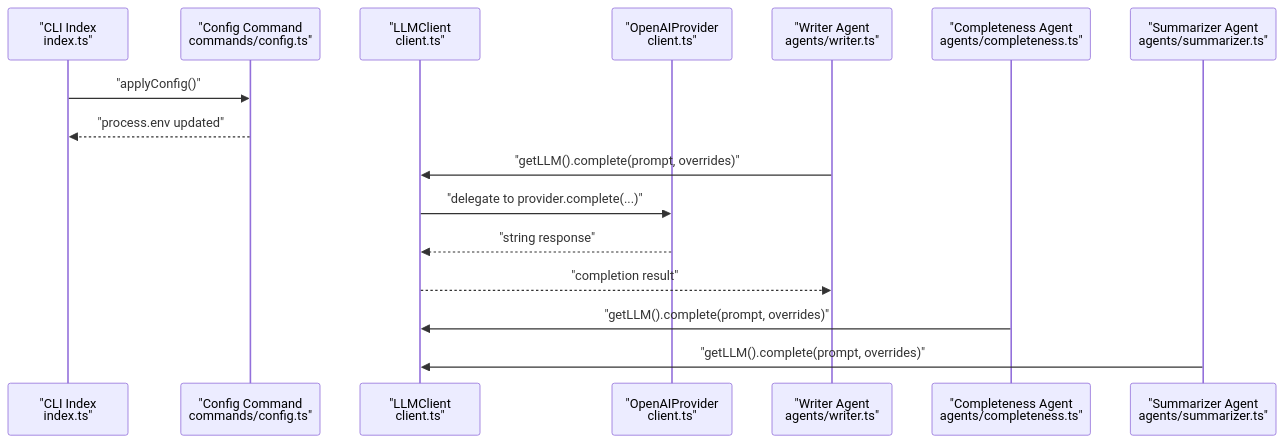
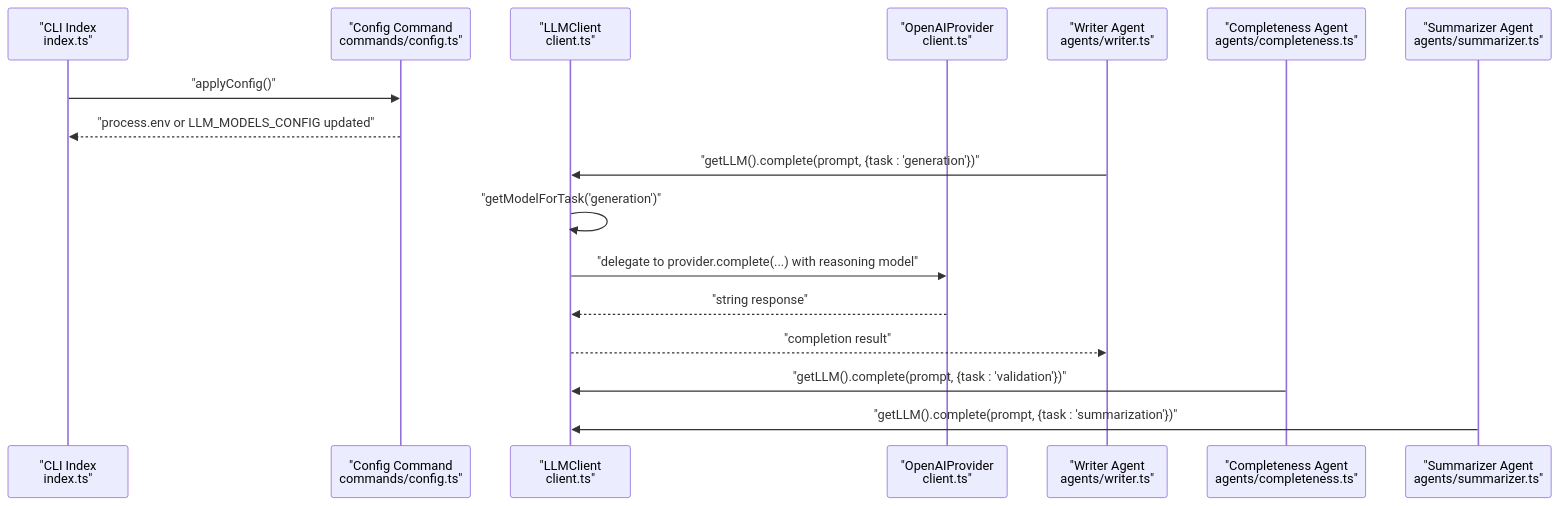
The second of 7 diagrams in .qoder/repowiki/en/content/Engine Architecture/LLM Integration Layer.md (liwonder/NARRITIVE_OS), drawn with Mermaid before and after one commit. The commit also changed other lines of this file and 5 other files, not shown here.

````diff
--- a/.qoder/repowiki/en/content/Engine Architecture/LLM Integration Layer.md
+++ b/.qoder/repowiki/en/content/Engine Architecture/LLM Integration Layer.md
@@ -111,18 +131,19 @@
 ```mermaid
 sequenceDiagram
 participant CLI as "CLI Index<br/>index.ts"
 participant CFG as "Config Command<br/>commands/config.ts"
 participant LLM as "LLMClient<br/>client.ts"
 participant Prov as "OpenAIProvider<br/>client.ts"
 participant AgentW as "Writer Agent<br/>agents/writer.ts"
 participant AgentC as "Completeness Agent<br/>agents/completeness.ts"
 participant AgentS as "Summarizer Agent<br/>agents/summarizer.ts"
 CLI->>CFG : "applyConfig()"
-CFG-->>CLI : "process.env updated"
-AgentW->>LLM : "getLLM().complete(prompt, overrides)"
-LLM->>Prov : "delegate to provider.complete(...)"
+CFG-->>CLI : "process.env or LLM_MODELS_CONFIG updated"
+AgentW->>LLM : "getLLM().complete(prompt, {task : 'generation'})"
+LLM->>LLM : "getModelForTask('generation')"
+LLM->>Prov : "delegate to provider.complete(...) with reasoning model"
 Prov-->>LLM : "string response"
 LLM-->>AgentW : "completion result"
-AgentC->>LLM : "getLLM().complete(prompt, overrides)"
-AgentS->>LLM : "getLLM().complete(prompt, overrides)"
+AgentC->>LLM : "getLLM().complete(prompt, {task : 'validation'})"
+AgentS->>LLM : "getLLM().complete(prompt, {task : 'summarization'})"
 ```
````
